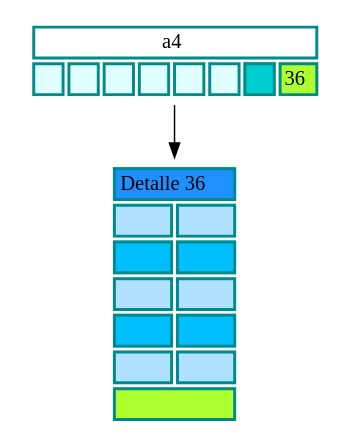
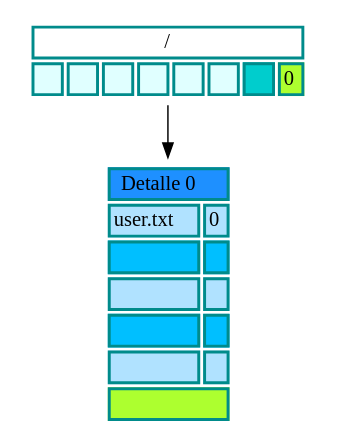
One commit to Cascarus/Proyecto1_MIA_USAC_Vac_Dic_2019 changed the diagram in build--MIA-PROYECTO1_201113915-Desktop_Qt_5_12_6_GCC_64bit-Debug/repTREE_DIRECTORIO.dot. Above: the diagram before and after it, drawn with Graphviz. The commit also changed 9 other files, not shown here.

```diff
--- a/build--MIA-PROYECTO1_201113915-Desktop_Qt_5_12_6_GCC_64bit-Debug/repTREE_DIRECTORIO.dot
+++ b/build--MIA-PROYECTO1_201113915-Desktop_Qt_5_12_6_GCC_64bit-Debug/repTREE_DIRECTORIO.dot
@@ -1,38 +1,41 @@
 digraph structs {
 splines = ortho
-    AVD37 [
+    AVD0 [
         shape = none;
         label = <
             <table border="0" cellborder="2" cellspacing="2" color="cyan4">
-                <tr><td colspan="8" bgcolor="white" >a4</td></tr>
+                <tr><td colspan="8" bgcolor="white" >/</td></tr>
                 <tr>
                     <td bgcolor = "lightcyan"> &nbsp; </td>
                     <td bgcolor = "lightcyan"> &nbsp; </td>
                     <td bgcolor = "lightcyan"> &nbsp; </td>
                     <td bgcolor = "lightcyan"> &nbsp; </td>
                     <td bgcolor = "lightcyan"> &nbsp; </td>
                     <td bgcolor = "lightcyan"> &nbsp; </td>
                     <td bgcolor = "cyan3"> &nbsp; </td>
-                    <td bgcolor = "greenyellow">36</td>
+                    <td bgcolor = "greenyellow">0</td>
                 </tr>
             </table>
         >
     ];
 
-AVD37->DD36;
-    DD36 [
+AVD0->DD0;
+    DD0 [
         shape = none;
         label = <
             <table border="0" cellborder="2" cellspacing="2" color="cyan4">
-                <tr><td colspan="2" bgcolor="dodgerblue" >Detalle 36</td></tr>
-<tr><td bgcolor="lightskyblue1"> </td><td bgcolor="lightskyblue1"> </td></tr>
+                <tr><td colspan="2" bgcolor="dodgerblue" >Detalle 0</td></tr>
+                <tr>
+                    <td bgcolor="lightskyblue1">user.txt</td>
+                    <td bgcolor="lightskyblue1">0</td>
+                </tr>
 <tr><td bgcolor="deepskyblue"> </td><td bgcolor="deepskyblue"> </td></tr>
 <tr><td bgcolor="lightskyblue1"> </td><td bgcolor="lightskyblue1"> </td></tr>
 <tr><td bgcolor="deepskyblue"> </td><td bgcolor="deepskyblue"> </td></tr>
 <tr><td bgcolor="lightskyblue1"> </td><td bgcolor="lightskyblue1"> </td></tr>
 <tr><td colspan="2" bgcolor="greenyellow"> </td></tr>
             </table>
         >
     ];
 
 }
```
